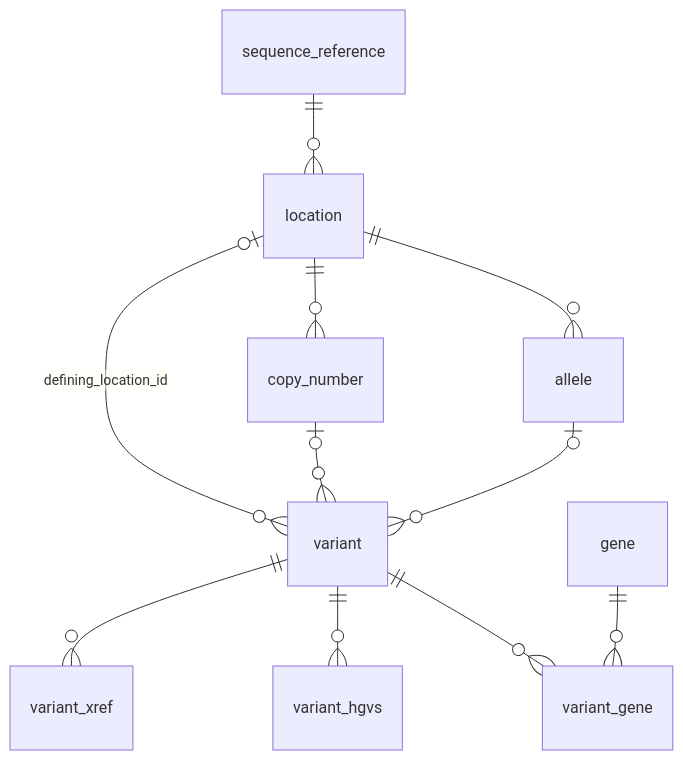
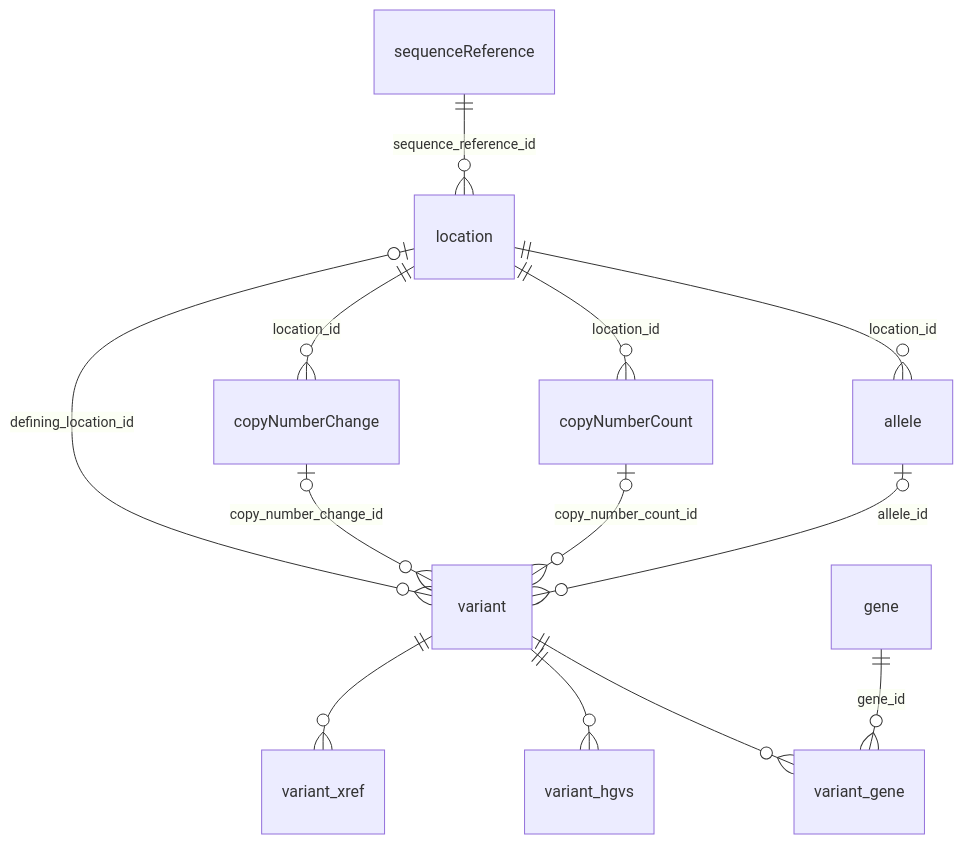
The first of 2 diagrams in docs/schema.md (clingen-data-model/clinvar-gkm-browser), drawn with Mermaid before and after one commit. The commit also changed other lines of this file and 50 other files, not shown here.

````diff
--- a/docs/schema.md
+++ b/docs/schema.md
@@ -69,13 +95,15 @@
 ```mermaid
 erDiagram
-  sequence_reference ||--o{ location : ""
-  location ||--o{ allele : ""
-  location ||--o{ copy_number : ""
-  allele |o--o{ variant : ""
-  copy_number |o--o{ variant : ""
+  sequenceReference ||--o{ location : "sequence_reference_id"
+  location ||--o{ allele : "location_id"
+  location ||--o{ copyNumberCount : "location_id"
+  location ||--o{ copyNumberChange : "location_id"
+  allele |o--o{ variant : "allele_id"
+  copyNumberCount |o--o{ variant : "copy_number_count_id"
+  copyNumberChange |o--o{ variant : "copy_number_change_id"
   location |o--o{ variant : "defining_location_id"
   variant ||--o{ variant_gene : ""
-  gene ||--o{ variant_gene : ""
+  gene ||--o{ variant_gene : "gene_id"
   variant ||--o{ variant_hgvs : ""
   variant ||--o{ variant_xref : ""
 ```
````
